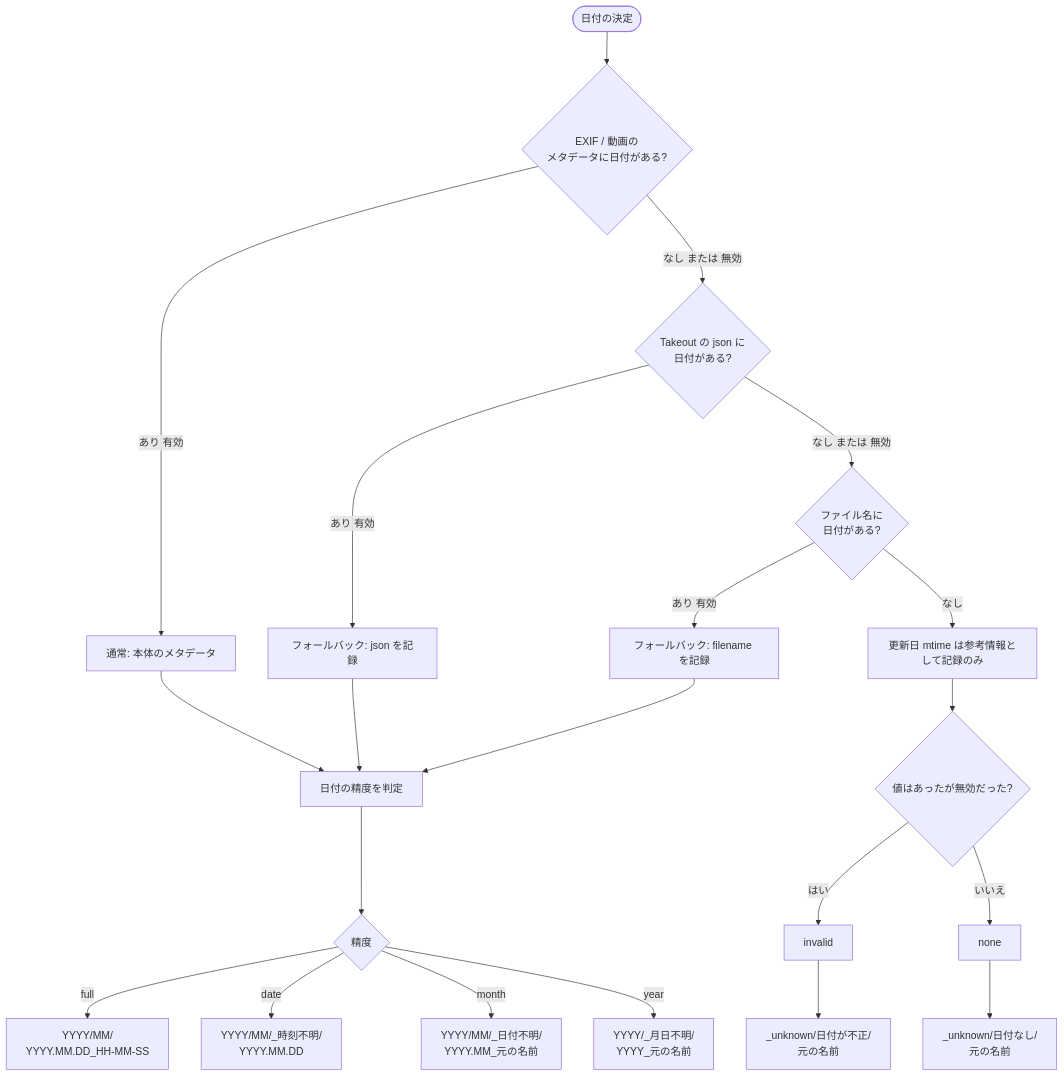
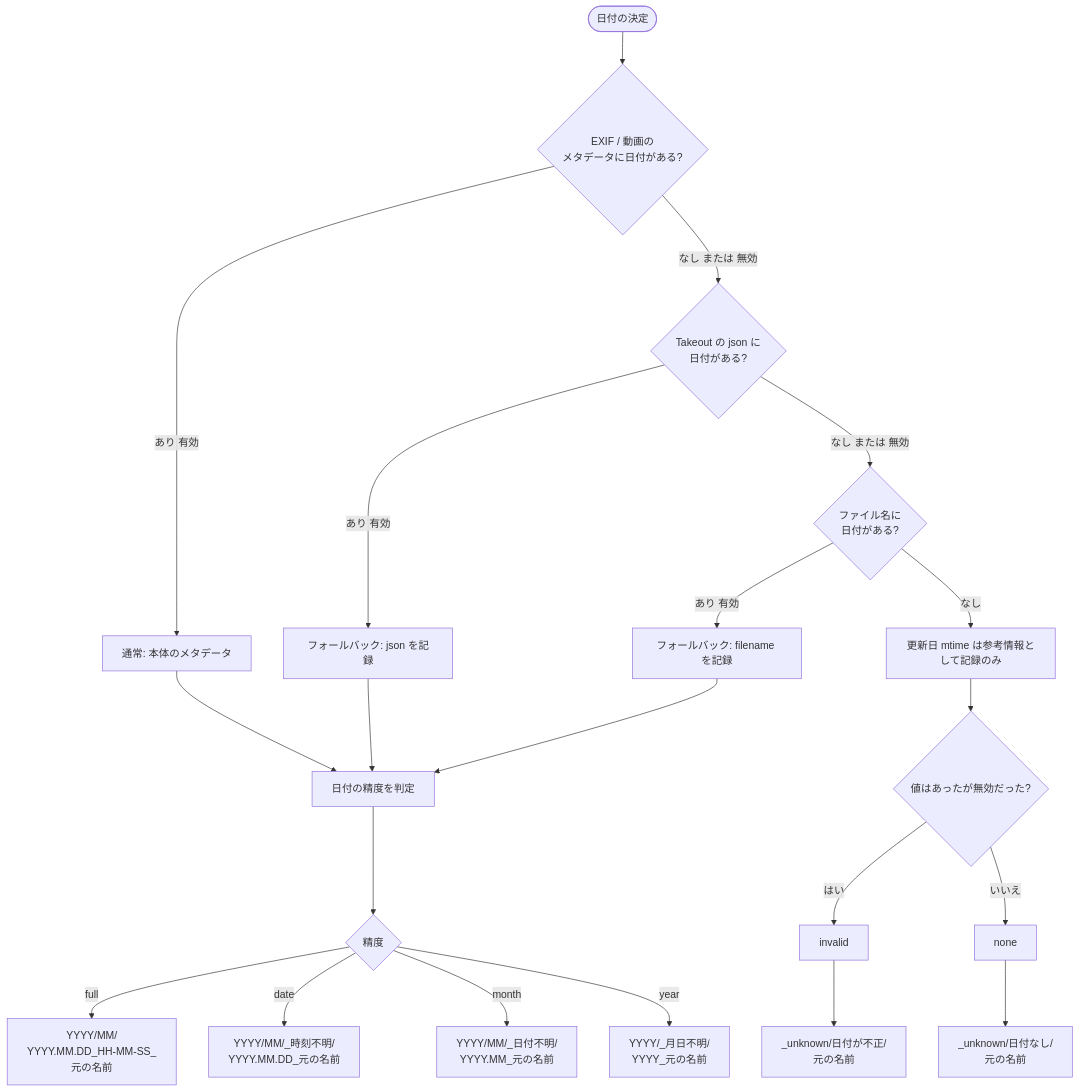
The fourth of 9 diagrams in docs/flows.md (raiton-boo/media-seiri), drawn with Mermaid before and after one commit. The commit also changed 4 other files, not shown here.

````diff
--- a/docs/flows.md
+++ b/docs/flows.md
@@ -118,23 +118,23 @@
 ```mermaid
 flowchart TD
     D([日付の決定]) --> S1{"EXIF / 動画の<br/>メタデータに日付がある?"}
     S1 -->|あり 有効| FULLQ
     S1 -->|なし または 無効| S2{"Takeout の json に<br/>日付がある?"}
     S2 -->|あり 有効| FB1["フォールバック: json を記録"]
     S2 -->|なし または 無効| S3{"ファイル名に<br/>日付がある?"}
     S3 -->|あり 有効| FB2["フォールバック: filename を記録"]
     S3 -->|なし| NOREC["更新日 mtime は参考情報として記録のみ"]
     FB1 --> PREC
     FB2 --> PREC
     FULLQ["通常: 本体のメタデータ"] --> PREC["日付の精度を判定"]
     NOREC --> NODATE{"値はあったが無効だった?"}
     NODATE -->|はい| INV["invalid"]
     NODATE -->|いいえ| NONE["none"]
     PREC --> P{"精度"}
-    P -->|full| B1["YYYY/MM/<br/>YYYY.MM.DD_HH-MM-SS"]
-    P -->|date| B2["YYYY/MM/_時刻不明/<br/>YYYY.MM.DD"]
+    P -->|full| B1["YYYY/MM/<br/>YYYY.MM.DD_HH-MM-SS_元の名前"]
+    P -->|date| B2["YYYY/MM/_時刻不明/<br/>YYYY.MM.DD_元の名前"]
     P -->|month| B3["YYYY/MM/_日付不明/<br/>YYYY.MM_元の名前"]
     P -->|year| B4["YYYY/_月日不明/<br/>YYYY_元の名前"]
     INV --> B6["_unknown/日付が不正/<br/>元の名前"]
     NONE --> B5["_unknown/日付なし/<br/>元の名前"]
 ```
````
